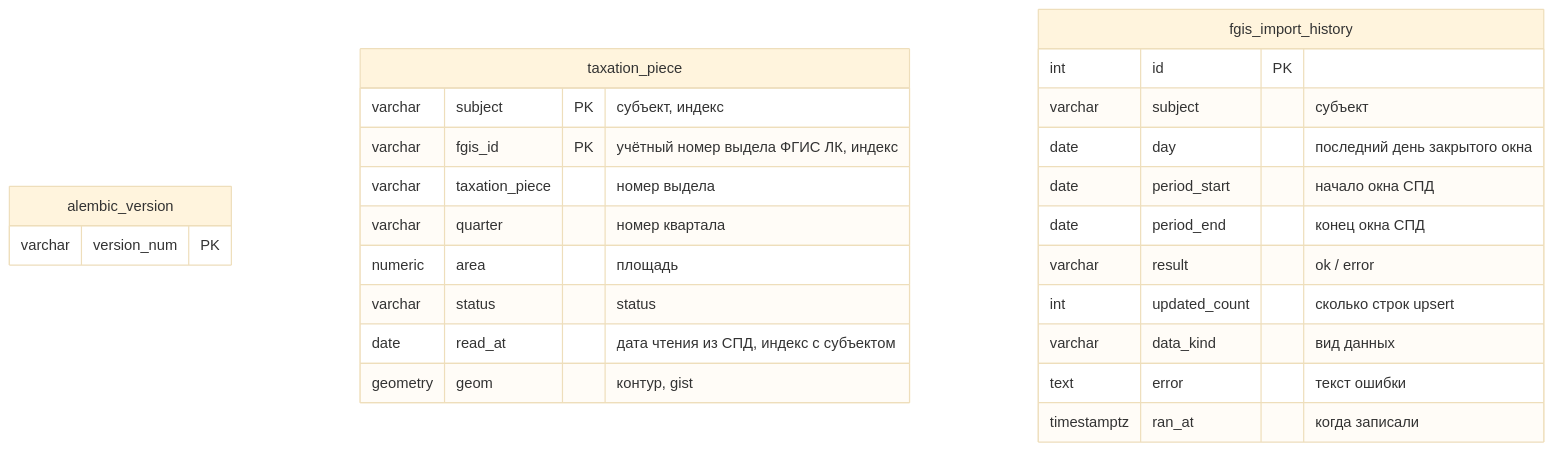
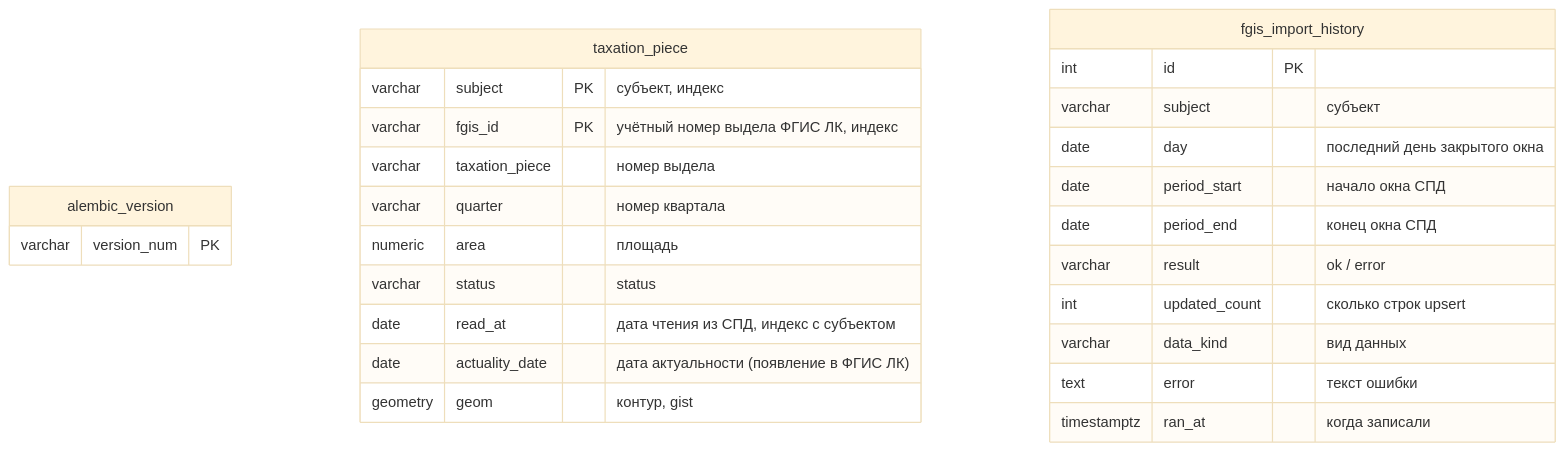
Before and after one commit to AversIgor/dbms: the diagram in migrate/schema.md, drawn with Mermaid (base theme). The commit also changed other lines of this file and 34 other files, not shown here.

````diff
--- a/migrate/schema.md
+++ b/migrate/schema.md
@@ -5,28 +5,29 @@
 ```mermaid
 erDiagram
   alembic_version {
     varchar version_num PK
   }
   taxation_piece {
     varchar subject PK "субъект, индекс"
     varchar fgis_id PK "учётный номер выдела ФГИС ЛК, индекс"
     varchar taxation_piece "номер выдела"
     varchar quarter "номер квартала"
     numeric area "площадь"
     varchar status "status"
     date read_at "дата чтения из СПД, индекс с субъектом"
+    date actuality_date "дата актуальности (появление в ФГИС ЛК)"
     geometry geom "контур, gist"
   }
   fgis_import_history {
     int id PK
     varchar subject "субъект"
     date day "последний день закрытого окна"
     date period_start "начало окна СПД"
     date period_end "конец окна СПД"
     varchar result "ok / error"
     int updated_count "сколько строк upsert"
     varchar data_kind "вид данных"
     text error "текст ошибки"
     timestamptz ran_at "когда записали"
   }
 ```
````
